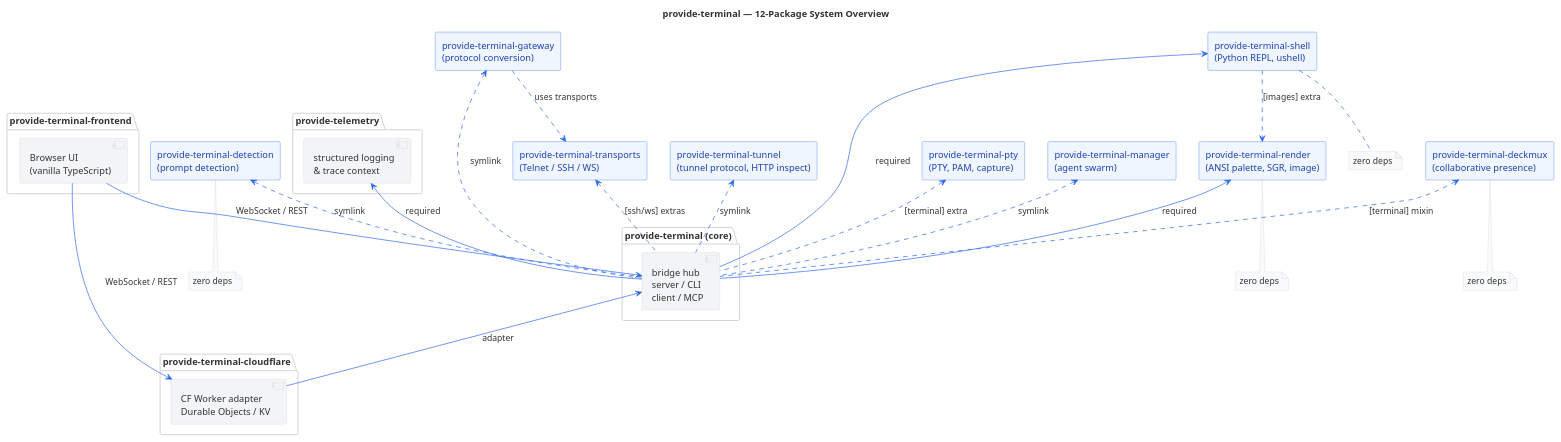
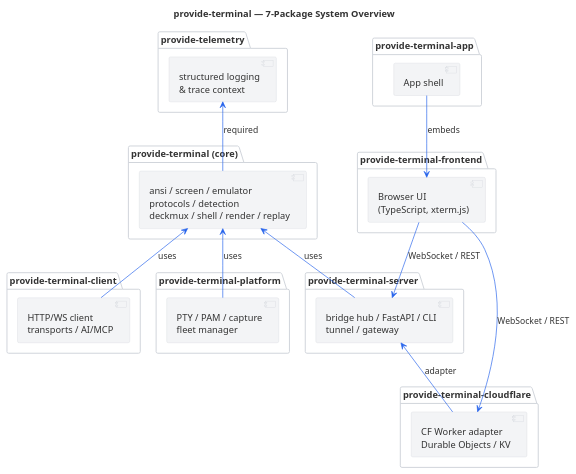
One commit to provide-io/provide-uterm changed the diagram in docs/diagrams/system-overview.puml. Above: the diagram before and after it, drawn with PlantUML. The commit also changed 932 other files, not shown here.

First line of the commit message:
fix: code review — rate-limit bypass, hub encapsulation, type safety, test fixes

```diff
--- a/docs/diagrams/system-overview.puml
+++ b/docs/diagrams/system-overview.puml
@@ -4,79 +4,71 @@
 @startuml system-overview
-title provide-terminal — 12-Package System Overview
+title provide-terminal — 7-Package System Overview
 
 skinparam backgroundColor #ffffff
 skinparam defaultFontColor #333333
 skinparam componentBorderColor #d1d5db
 skinparam componentBackgroundColor #f3f4f6
 skinparam packageBorderColor #d1d5db
 skinparam packageBackgroundColor #ffffff
 skinparam arrowColor #2563eb
 skinparam noteBorderColor #d1d5db
 skinparam noteBackgroundColor #f9fafb
 
 skinparam rectangle {
   BorderColor #2563eb
   BackgroundColor #eff6ff
   FontColor #1e40af
 }
 
-' --- Zero-dep leaf packages ---
-rectangle "provide-terminal-render\n(ANSI palette, SGR, image)" as RENDER
-rectangle "provide-terminal-shell\n(Python REPL, ushell)" as SHELL
-rectangle "provide-terminal-deckmux\n(collaborative presence)" as DECKMUX
-rectangle "provide-terminal-detection\n(prompt detection)" as DETECT
-rectangle "provide-terminal-transports\n(Telnet / SSH / WS)" as XPORT
-rectangle "provide-terminal-gateway\n(protocol conversion)" as GW
-rectangle "provide-terminal-pty\n(PTY, PAM, capture)" as PTY
-rectangle "provide-terminal-tunnel\n(tunnel protocol, HTTP inspect)" as TUNNEL
-rectangle "provide-terminal-manager\n(agent swarm)" as MGR
+' --- Core package (absorbed: render, shell, deckmux, detection) ---
+package "provide-terminal (core)" as CORE {
+  [ansi / screen / emulator\nprotocols / detection\ndeckmux / shell / render / replay] as CORE_C
+}
 
-' --- Core ---
-package "provide-terminal (core)" as CORE {
-  [bridge hub\nserver / CLI\nclient / MCP] as CORE_C
+' --- Server package (absorbed: tunnel, gateway) ---
+package "provide-terminal-server" as SRV {
+  [bridge hub / FastAPI / CLI\ntunnel / gateway] as SRV_C
+}
+
+' --- Client package (absorbed: transports, ai/MCP) ---
+package "provide-terminal-client" as CLIENT {
+  [HTTP/WS client\ntransports / AI/MCP] as CLIENT_C
+}
+
+' --- Platform package (absorbed: pty, manager) ---
+package "provide-terminal-platform" as PLAT {
+  [PTY / PAM / capture\nfleet manager] as PLAT_C
 }
 
 ' --- Edge packages ---
 package "provide-terminal-cloudflare" as CF {
   [CF Worker adapter\nDurable Objects / KV] as CF_C
 }
 
 package "provide-terminal-frontend" as FE {
-  [Browser UI\n(vanilla TypeScript)] as FE_C
+  [Browser UI\n(TypeScript, xterm.js)] as FE_C
+}
+
+package "provide-terminal-app" as APP {
+  [App shell] as APP_C
 }
 
 package "provide-telemetry" as TELEM {
   [structured logging\n& trace context] as TELEM_C
 }
 
-' --- Core required deps ---
-RENDER <-- CORE_C : required
-SHELL <-- CORE_C : required
+' --- Dependencies ---
 TELEM_C <-- CORE_C : required
-
-' --- Core optional integration (mixin / extras) ---
-DECKMUX <.. CORE_C : [terminal] mixin
-DETECT <.. CORE_C : symlink
-XPORT <.. CORE_C : [ssh/ws] extras
-GW <.. CORE_C : symlink
-PTY <.. CORE_C : [terminal] extra
-TUNNEL <.. CORE_C : symlink
-MGR <.. CORE_C : symlink
-
-' --- Leaf optional deps ---
-SHELL ..> RENDER : [images] extra
-GW ..> XPORT : uses transports
+CORE_C <-- SRV_C : uses
+CORE_C <-- CLIENT_C : uses
+CORE_C <-- PLAT_C : uses
 
 ' --- CF adapter ---
-CORE_C <-- CF_C : adapter
+SRV_C <-- CF_C : adapter
 
 ' --- Frontend connects via WS ---
-FE_C --> CORE_C : WebSocket / REST
+FE_C --> SRV_C : WebSocket / REST
 FE_C --> CF_C : WebSocket / REST
-
-note bottom of RENDER : zero deps
-note bottom of SHELL : zero deps
-note bottom of DECKMUX : zero deps
-note bottom of DETECT : zero deps
+APP_C --> FE_C : embeds
 
 @enduml
```
